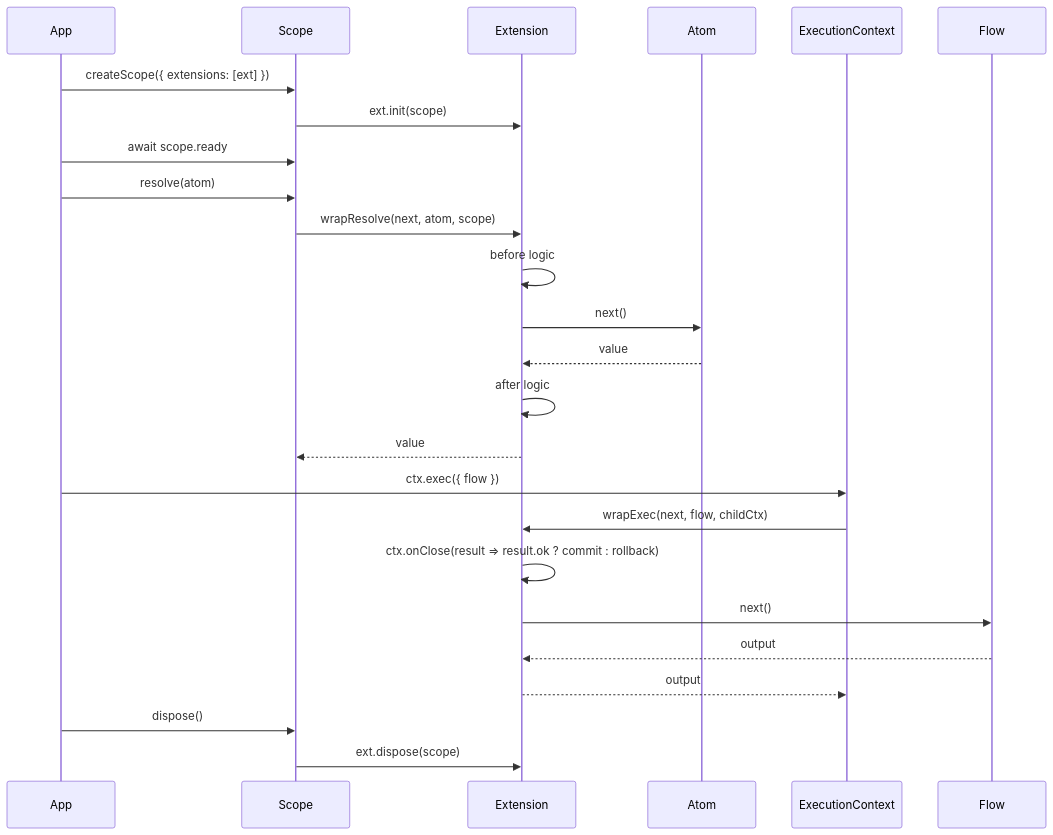
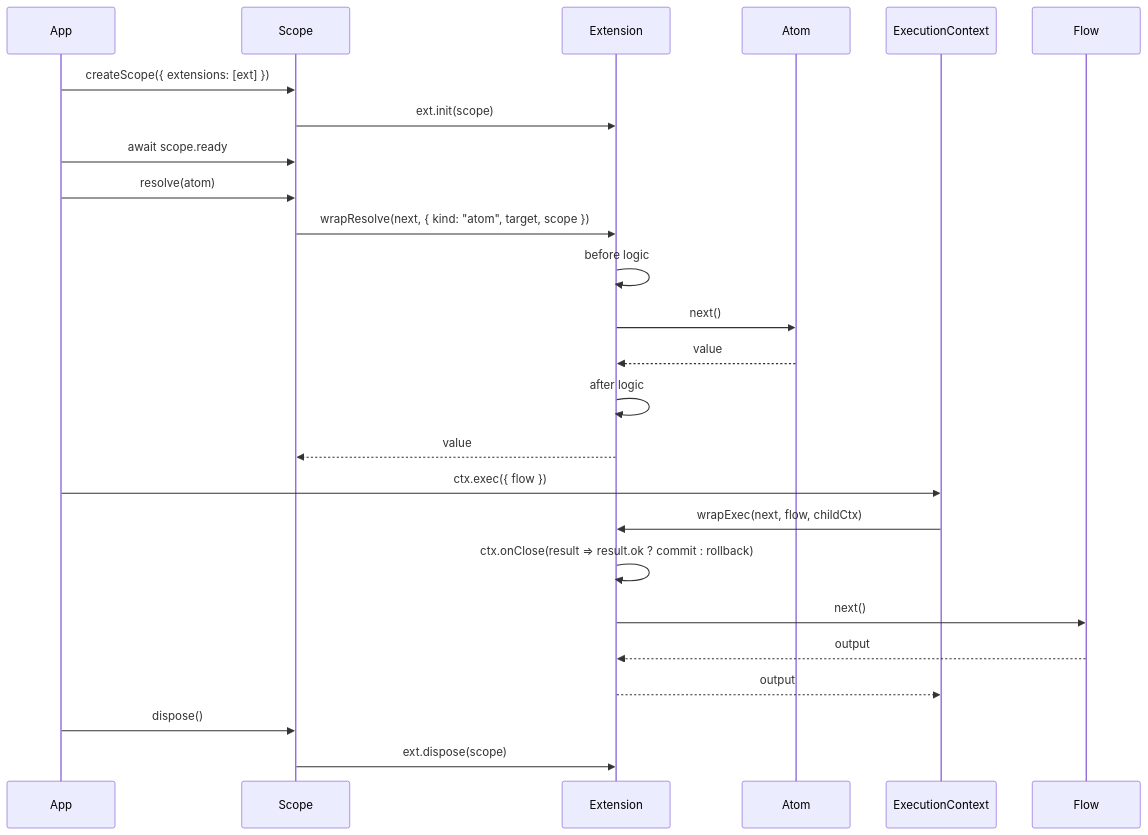
One commit to pumped-fn/pumped-fn changed the second of 11 diagrams in packages/lite/PATTERNS.md. Above: the diagram before and after it, drawn with Mermaid. The commit also changed 21 other files, not shown here.

````diff
--- a/packages/lite/PATTERNS.md
+++ b/packages/lite/PATTERNS.md
@@ -37,31 +37,31 @@
 ```mermaid
 sequenceDiagram
     participant App
     participant Scope
     participant Ext as Extension
     participant Atom
     participant Ctx as ExecutionContext
     participant Flow
 
     App->>Scope: createScope({ extensions: [ext] })
     Scope->>Ext: ext.init(scope)
     App->>Scope: await scope.ready
 
     App->>Scope: resolve(atom)
-    Scope->>Ext: wrapResolve(next, atom, scope)
+    Scope->>Ext: wrapResolve(next, { kind: "atom", target, scope })
     Ext->>Ext: before logic
     Ext->>Atom: next()
     Atom-->>Ext: value
     Ext->>Ext: after logic
     Ext-->>Scope: value
 
     App->>Ctx: ctx.exec({ flow })
     Ctx->>Ext: wrapExec(next, flow, childCtx)
     Ext->>Ext: ctx.onClose(result => result.ok ? commit : rollback)
     Ext->>Flow: next()
     Flow-->>Ext: output
     Ext-->>Ctx: output
 
     App->>Scope: dispose()
     Scope->>Ext: ext.dispose(scope)
 ```
````
